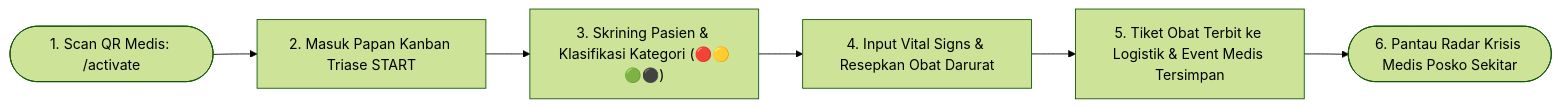
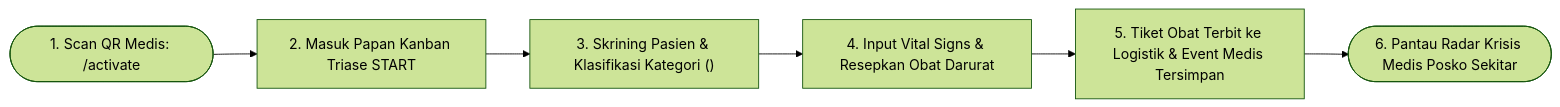
One commit to untacorp/sandya changed the first of 2 diagrams in docs/userflow/roles/04-petugas-medis.md. Above: the diagram before and after it, drawn with Mermaid (forest theme). The commit also changed other lines of this file and 218 other files, not shown here.

````diff
--- a/docs/userflow/roles/04-petugas-medis.md
+++ b/docs/userflow/roles/04-petugas-medis.md
@@ -40,8 +40,8 @@
 ```mermaid
 flowchart LR
-    A(["1. Scan QR Medis: /activate"]) --> B["2. Masuk Papan Kanban Triase START"]
-    B --> C["3. Skrining Pasien & Klasifikasi Kategori (🔴🟡🟢⚫)"]
-    C --> D["4. Input Vital Signs & Resepkan Obat Darurat"]
-    D --> E["5. Tiket Obat Terbit ke Logistik & Event Medis Tersimpan"]
-    E --> F(["6. Pantau Radar Krisis Medis Posko Sekitar"])
+  A(["1. Scan QR Medis: /activate"]) --> B["2. Masuk Papan Kanban Triase START"]
+  B --> C["3. Skrining Pasien & Klasifikasi Kategori ()"]
+  C --> D["4. Input Vital Signs & Resepkan Obat Darurat"]
+  D --> E["5. Tiket Obat Terbit ke Logistik & Event Medis Tersimpan"]
+  E --> F(["6. Pantau Radar Krisis Medis Posko Sekitar"])
 ```
````
